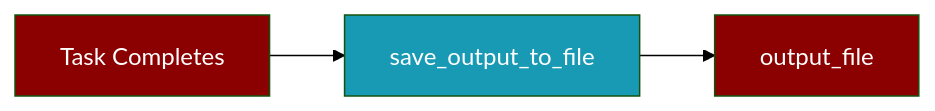
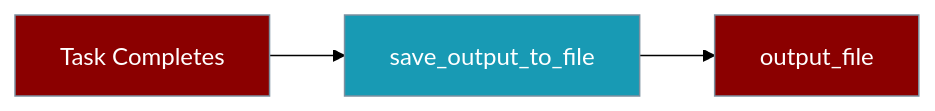
Before and after one commit to MervinPraison/PraisonAIDocs: the fourth of 5 diagrams in docs/features/save-output.mdx, drawn with Mermaid (forest theme). The commit also changed other lines of this file and 19 other files, not shown here.

First line of the commit message:
docs: fix remaining style→classDef in secondary diagrams (PR #1384 follow-up)

````diff
--- a/docs/features/save-output.mdx
+++ b/docs/features/save-output.mdx
@@ -262,9 +265,10 @@
 ```mermaid
 flowchart LR
     T[Task Completes] --> S[save_output_to_file]
     S --> F[output_file]
     
-    style T fill:#8B0000,color:#fff
-    style S fill:#189AB4,color:#fff
-    style F fill:#8B0000,color:#fff
+    classDef agent fill:#8B0000,stroke:#7C90A0,color:#fff
+    classDef tool fill:#189AB4,stroke:#7C90A0,color:#fff
+    class T,F agent
+    class S tool
 ```
````
